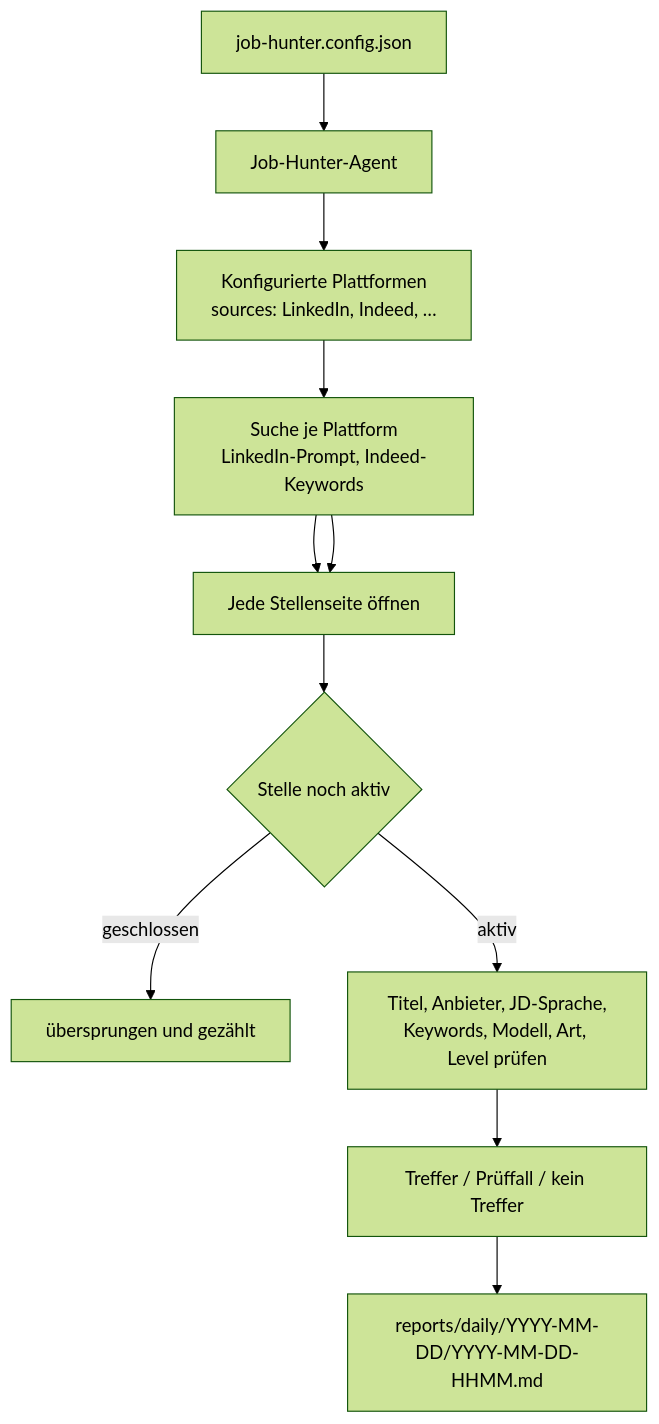
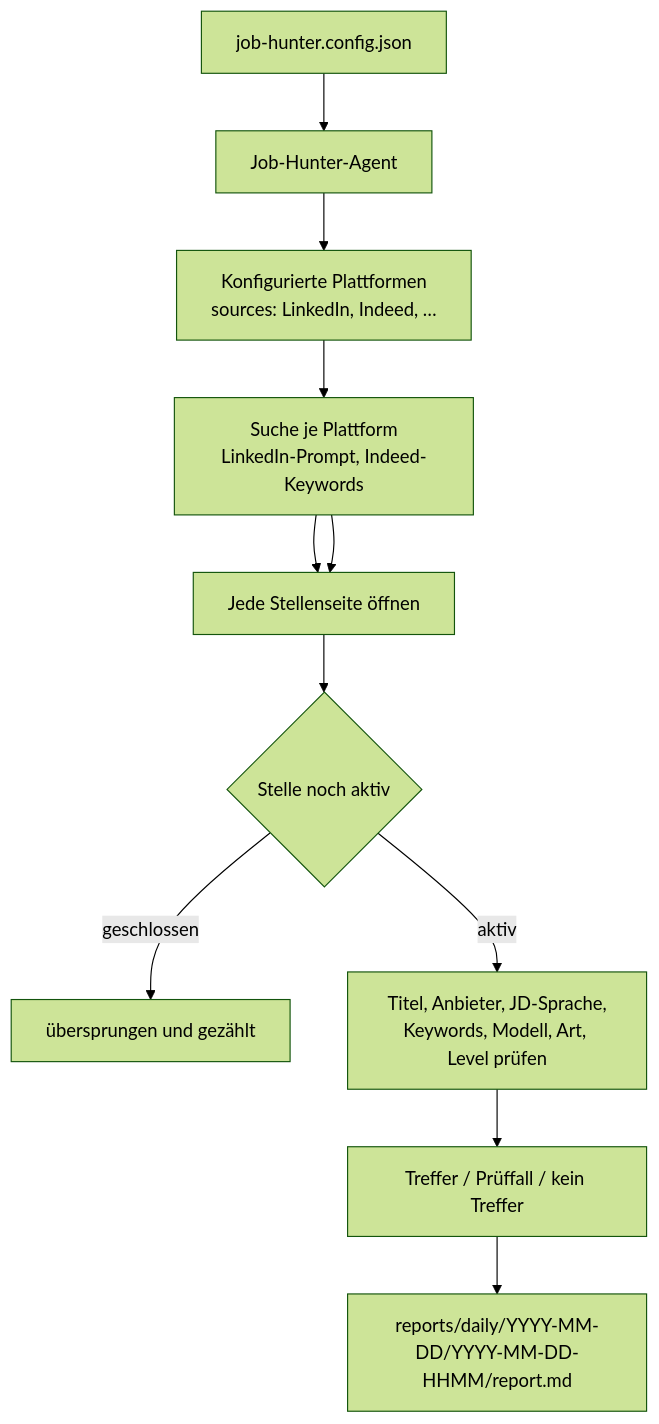
One commit to aoda-zhang/Job-hunter changed the diagram in README.de.md. Above: the diagram before and after it, drawn with Mermaid (forest theme). The commit also changed other lines of this file and 12 other files, not shown here.

````diff
--- a/README.de.md
+++ b/README.de.md
@@ -22,13 +22,13 @@
 ```mermaid
 flowchart TD
     A[job-hunter.config.json] --> B[Job-Hunter-Agent]
     B --> C[Konfigurierte Plattformen<br/>sources: LinkedIn, Indeed, …]
     C --> D[Suche je Plattform<br/>LinkedIn-Prompt, Indeed-Keywords]
     D --> E[Filter je Plattform<br/>Datum, Art, Modell, Level]
     D --> E[Jede Stellenseite öffnen]
     E --> F{Stelle noch aktiv}
     F -->|geschlossen| X[übersprungen und gezählt]
     F -->|aktiv| G[Titel, Anbieter, JD-Sprache,<br/>Keywords, Modell, Art, Level prüfen]
     G --> H[Treffer / Prüffall / kein Treffer]
-    H --> I[reports/daily/YYYY-MM-DD/YYYY-MM-DD-HHMM.md]
+    H --> I[reports/daily/YYYY-MM-DD/YYYY-MM-DD-HHMM/report.md]
 ```
````
